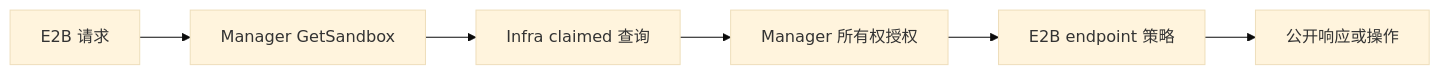
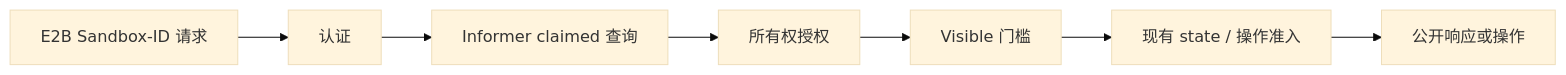
Before and after one commit to AiRanthem/agents: the diagram in docs/proposals/20260826-sandbox-lookup-e2b-visibility-CN.md, drawn with Mermaid (base theme). The commit also changed other lines of this file and 2 other files, not shown here.

First line of the commit message:
refactor(sandbox): separate claimed lookup from E2B visibility and enforce delivery commit

````diff
--- a/docs/proposals/20260826-sandbox-lookup-e2b-visibility-CN.md
+++ b/docs/proposals/20260826-sandbox-lookup-e2b-visibility-CN.md
@@ -86,8 +104,9 @@
 ```mermaid
 flowchart LR
-    Request[E2B 请求] --> Manager[Manager GetSandbox]
-    Manager --> Infra[Infra claimed 查询]
-    Infra --> Owner[Manager 所有权授权]
-    Owner --> Policy[E2B endpoint 策略]
-    Policy --> Response[公开响应或操作]
+    Request[E2B Sandbox-ID 请求] --> Auth[认证]
+    Auth --> Lookup[Informer claimed 查询]
+    Lookup --> Owner[所有权授权]
+    Owner --> Visible[Visible 门槛]
+    Visible --> State[现有 state / 操作准入]
+    State --> Result[公开响应或操作]
 ```
````
